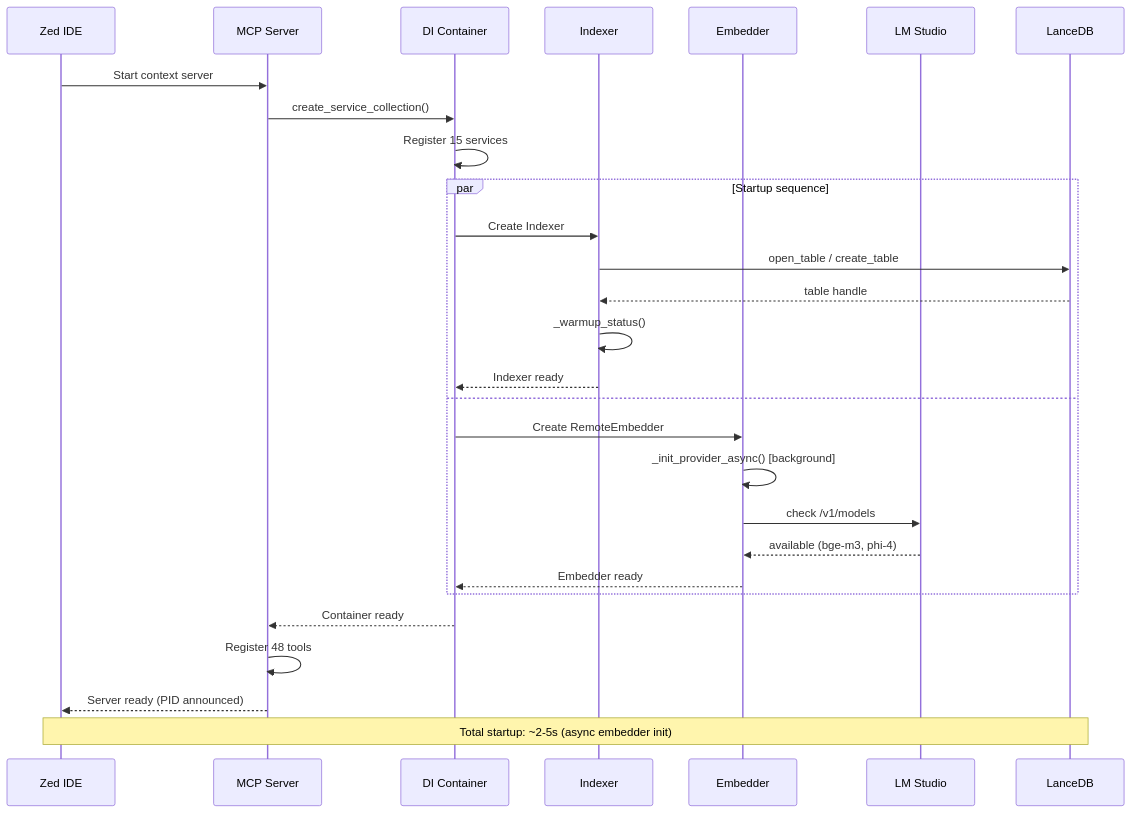
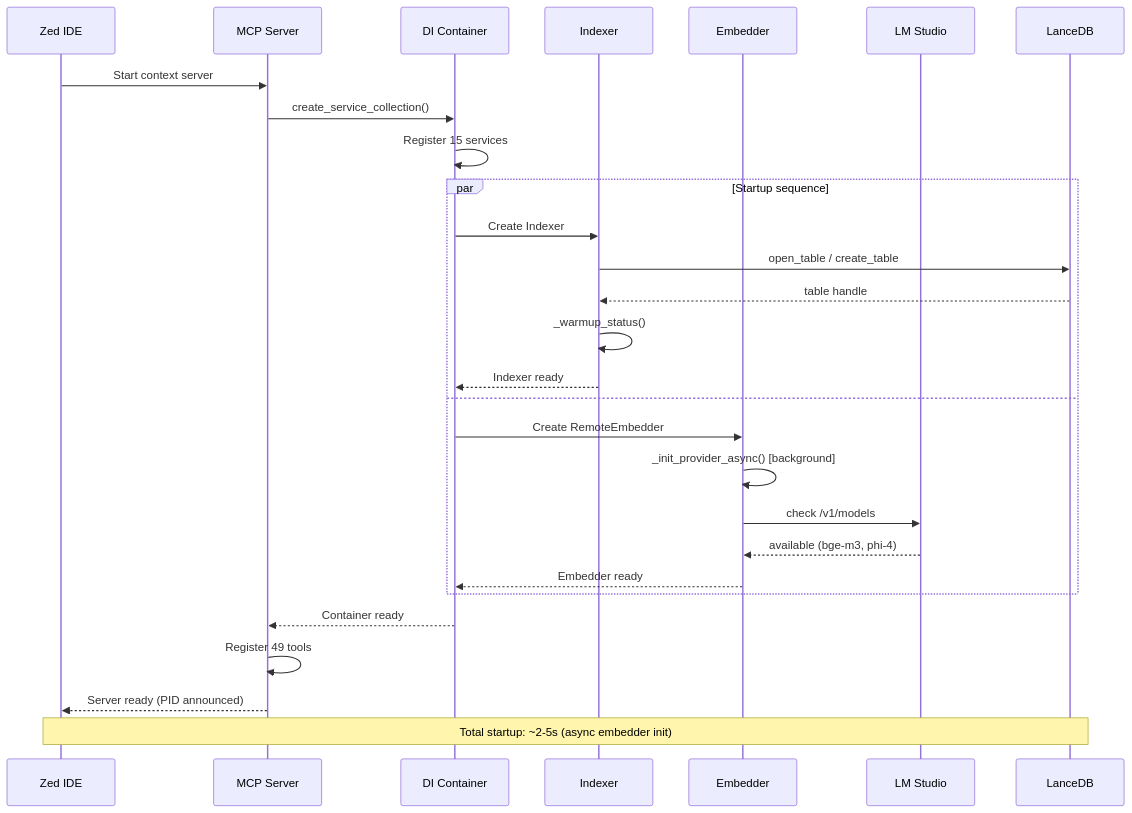
The fifth of 8 diagrams in docs/en/ARCHITECTURE_DEEP.md (ManSio/mscodebase-intelligence), drawn with Mermaid before and after one commit. The commit also changed other lines of this file and 40 other files, not shown here.

````diff
--- a/docs/en/ARCHITECTURE_DEEP.md
+++ b/docs/en/ARCHITECTURE_DEEP.md
@@ -181,34 +181,34 @@
 ```mermaid
 sequenceDiagram
     participant Zed as Zed IDE
     participant MCP as MCP Server
     participant DI as DI Container
     participant IX as Indexer
     participant EM as Embedder
     participant LM as LM Studio
     participant DB as LanceDB
 
     Zed->>MCP: Start context server
     MCP->>DI: create_service_collection()
     DI->>DI: Register 15 services
     
     par Startup sequence
         DI->>IX: Create Indexer
         IX->>DB: open_table / create_table
         DB-->>IX: table handle
         IX->>IX: _warmup_status()
         IX-->>DI: Indexer ready
     and
         DI->>EM: Create RemoteEmbedder
         EM->>EM: _init_provider_async() [background]
         EM->>LM: check /v1/models
         LM-->>EM: available (bge-m3, phi-4)
         EM-->>DI: Embedder ready
     end
     
     DI-->>MCP: Container ready
-    MCP->>MCP: Register 48 tools
+    MCP->>MCP: Register 49 tools
     MCP-->>Zed: Server ready (PID announced)
     
     Note over Zed,DB: Total startup: ~2-5s (async embedder init)
 ```
````
